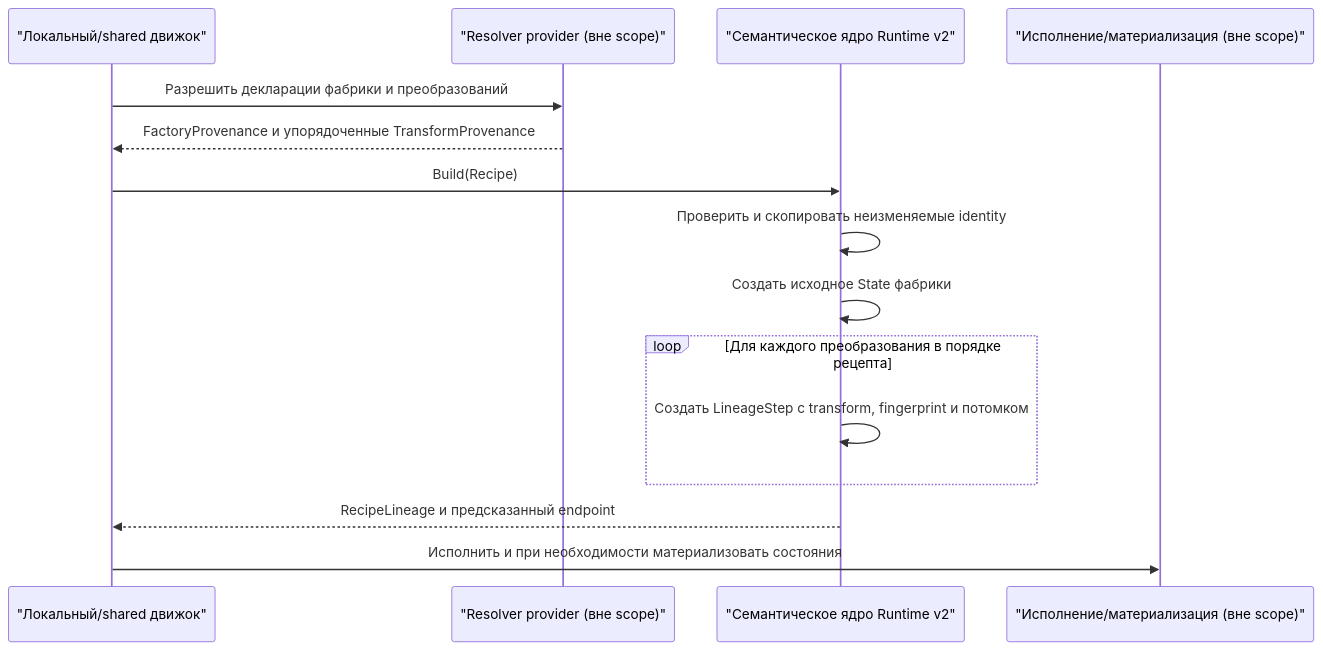
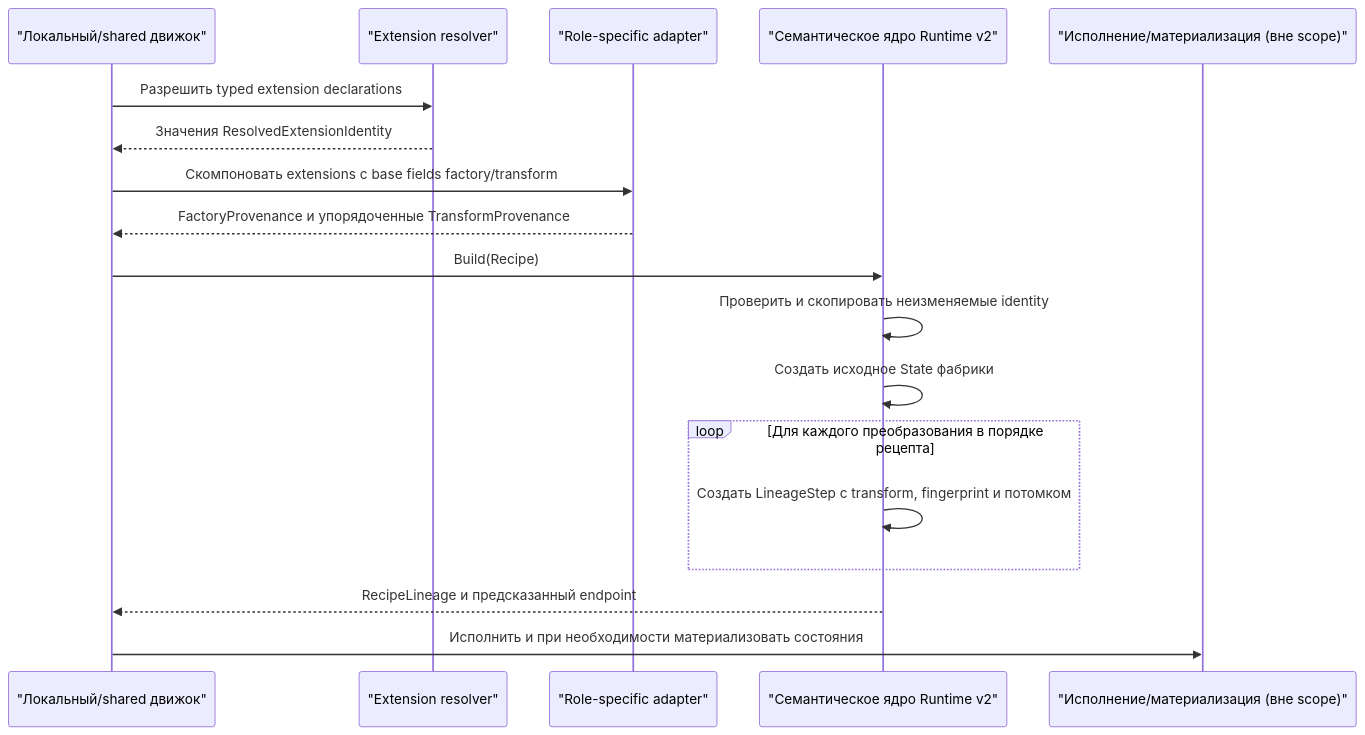
One commit to kimak-irmagi/sqlrs changed the first of 2 diagrams in docs/architecture/runtime-v2-semantic-core-flow.RU.md. Above: the diagram before and after it, drawn with Mermaid. The commit also changed other lines of this file and 43 other files, not shown here.

Commit message:
feat(runtime-v2): add versioned extension declarations

````diff
--- a/docs/architecture/runtime-v2-semantic-core-flow.RU.md
+++ b/docs/architecture/runtime-v2-semantic-core-flow.RU.md
@@ -14,18 +15,21 @@
 ```mermaid
 sequenceDiagram
     participant Caller as "Локальный/shared движок"
-    participant Resolver as "Resolver provider (вне scope)"
+    participant Resolver as "Extension resolver"
+    participant Adapter as "Role-specific adapter"
     participant Core as "Семантическое ядро Runtime v2"
     participant Runtime as "Исполнение/материализация (вне scope)"
 
-    Caller->>Resolver: Разрешить декларации фабрики и преобразований
-    Resolver-->>Caller: FactoryProvenance и упорядоченные TransformProvenance
+    Caller->>Resolver: Разрешить typed extension declarations
+    Resolver-->>Caller: Значения ResolvedExtensionIdentity
+    Caller->>Adapter: Скомпоновать extensions с base fields factory/transform
+    Adapter-->>Caller: FactoryProvenance и упорядоченные TransformProvenance
     Caller->>Core: Build(Recipe)
     Core->>Core: Проверить и скопировать неизменяемые identity
     Core->>Core: Создать исходное State фабрики
     loop Для каждого преобразования в порядке рецепта
         Core->>Core: Создать LineageStep с transform, fingerprint и потомком
     end
     Core-->>Caller: RecipeLineage и предсказанный endpoint
     Caller->>Runtime: Исполнить и при необходимости материализовать состояния
 ```
````
